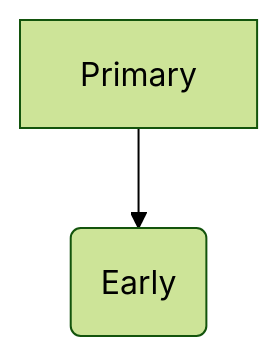
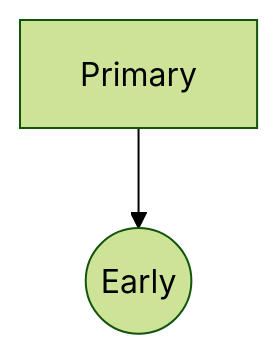
Before and after one commit to librelab/gurukul: the diagram in README.md, drawn with Mermaid (forest theme).

````diff
--- a/README.md
+++ b/README.md
@@ -55,4 +55,4 @@
 ```mermaid
 graph TD;
-	A[Primary]-->B(Early);
+	A[Primary]-->B((Early));
 ```
````
